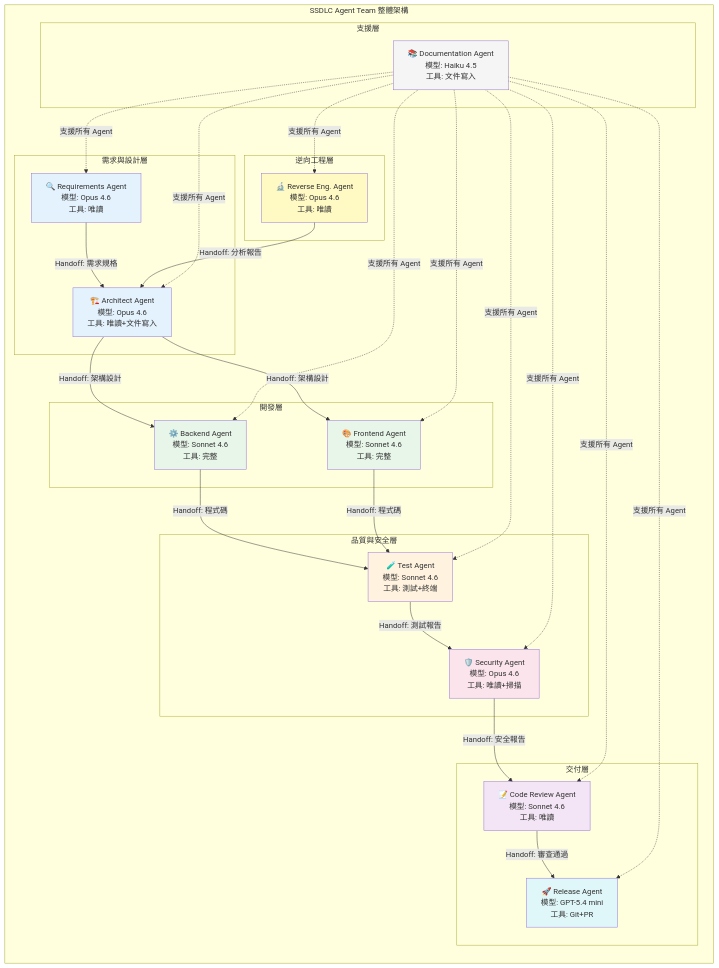
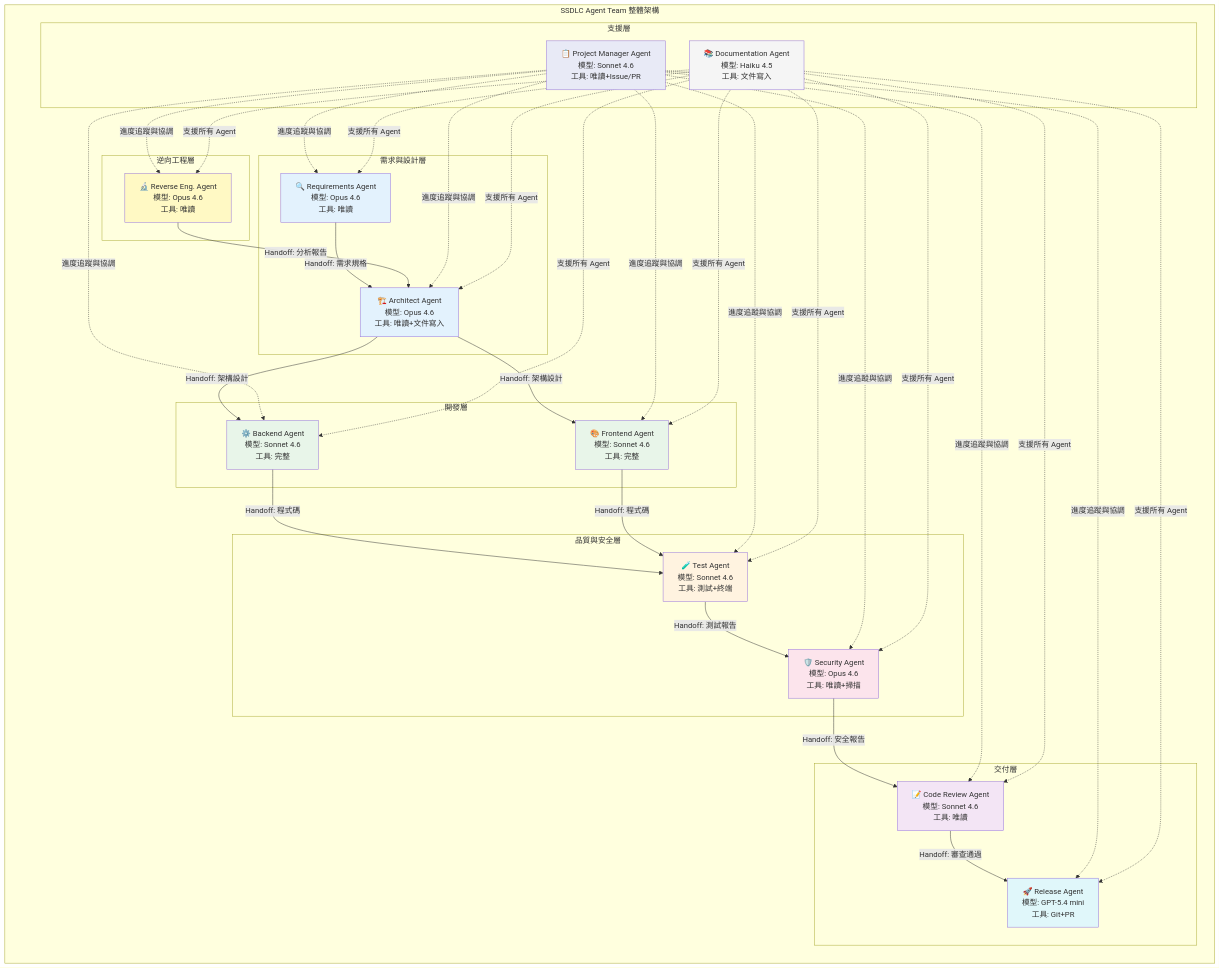
The second of 13 diagrams in content/posts/教學/AI開發/GitHub Copilot 建立 SSDLC Agent Team 教學手冊.md (chihhung/Blog), drawn with Mermaid before and after one commit. The commit also changed other lines of this file, not shown here.

Commit message:
docs: 更新 GitHub Copilot SSDLC Agent Team 教學手冊

````diff
--- a/content/posts/教學/AI開發/GitHub Copilot 建立 SSDLC Agent Team 教學手冊.md
+++ b/content/posts/教學/AI開發/GitHub Copilot 建立 SSDLC Agent Team 教學手冊.md
@@ -578,57 +588,60 @@
 ```mermaid
 graph TB
     subgraph "SSDLC Agent Team 整體架構"
         direction TB
 
         subgraph "需求與設計層"
             REQ["🔍 Requirements Agent<br/>模型: Opus 4.6<br/>工具: 唯讀"]
             ARCH["🏗️ Architect Agent<br/>模型: Opus 4.6<br/>工具: 唯讀+文件寫入"]
         end
 
         subgraph "開發層"
             BE["⚙️ Backend Agent<br/>模型: Sonnet 4.6<br/>工具: 完整"]
             FE["🎨 Frontend Agent<br/>模型: Sonnet 4.6<br/>工具: 完整"]
         end
 
         subgraph "品質與安全層"
             TEST["🧪 Test Agent<br/>模型: Sonnet 4.6<br/>工具: 測試+終端"]
             SEC["🛡️ Security Agent<br/>模型: Opus 4.6<br/>工具: 唯讀+掃描"]
         end
 
         subgraph "交付層"
             CR["📝 Code Review Agent<br/>模型: Sonnet 4.6<br/>工具: 唯讀"]
             REL["🚀 Release Agent<br/>模型: GPT-5.4 mini<br/>工具: Git+PR"]
         end
 
         subgraph "逆向工程層"
             RE["🔬 Reverse Eng. Agent<br/>模型: Opus 4.6<br/>工具: 唯讀"]
         end
 
         subgraph "支援層"
             DOC["📚 Documentation Agent<br/>模型: Haiku 4.5<br/>工具: 文件寫入"]
+            PM["📋 Project Manager Agent<br/>模型: Sonnet 4.6<br/>工具: 唯讀+Issue/PR"]
         end
     end
 
     REQ -->|"Handoff: 需求規格"| ARCH
     ARCH -->|"Handoff: 架構設計"| BE
     ARCH -->|"Handoff: 架構設計"| FE
     BE -->|"Handoff: 程式碼"| TEST
     FE -->|"Handoff: 程式碼"| TEST
     TEST -->|"Handoff: 測試報告"| SEC
     SEC -->|"Handoff: 安全報告"| CR
     CR -->|"Handoff: 審查通過"| REL
     RE -->|"Handoff: 分析報告"| ARCH
 
+    PM -.->|"進度追蹤與協調"| REQ & ARCH & BE & FE & TEST & SEC & CR & REL & RE
     DOC -.->|"支援所有 Agent"| REQ & ARCH & BE & FE & TEST & SEC & CR & REL & RE
 
     style REQ fill:#e3f2fd
     style ARCH fill:#e3f2fd
     style BE fill:#e8f5e9
     style FE fill:#e8f5e9
     style TEST fill:#fff3e0
     style SEC fill:#fce4ec
     style CR fill:#f3e5f5
     style REL fill:#e0f7fa
     style RE fill:#fff9c4
     style DOC fill:#f5f5f5
+    style PM fill:#e8eaf6
 ```
````
